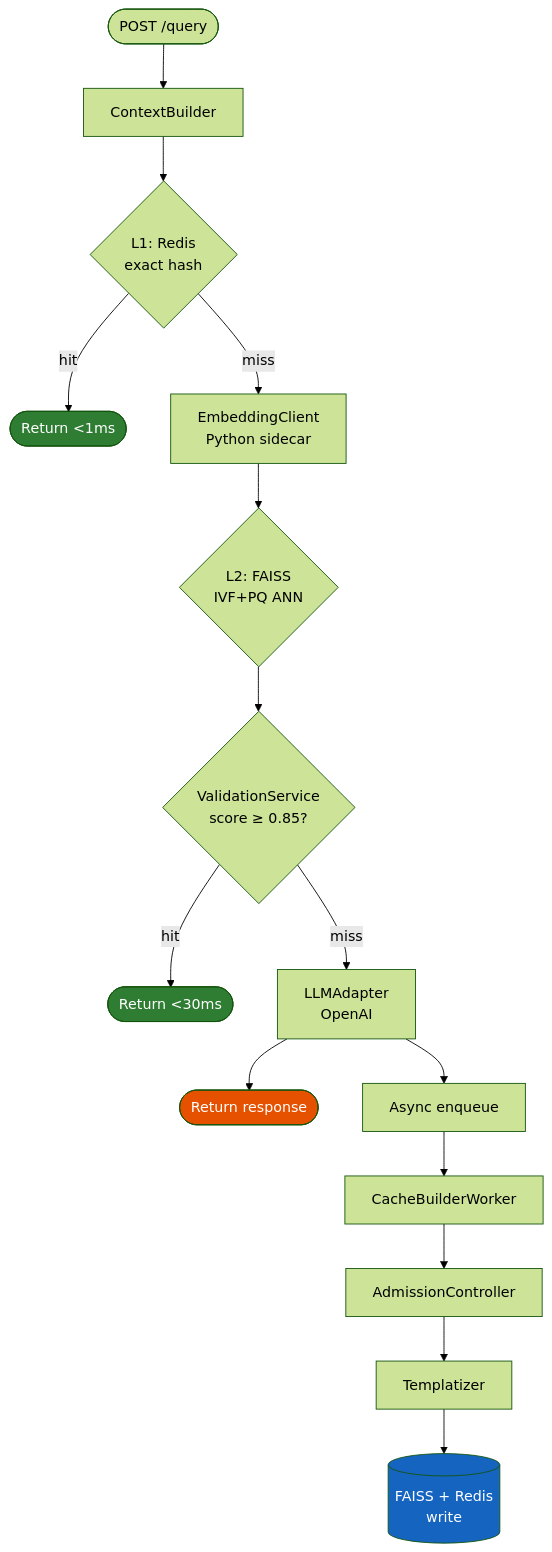
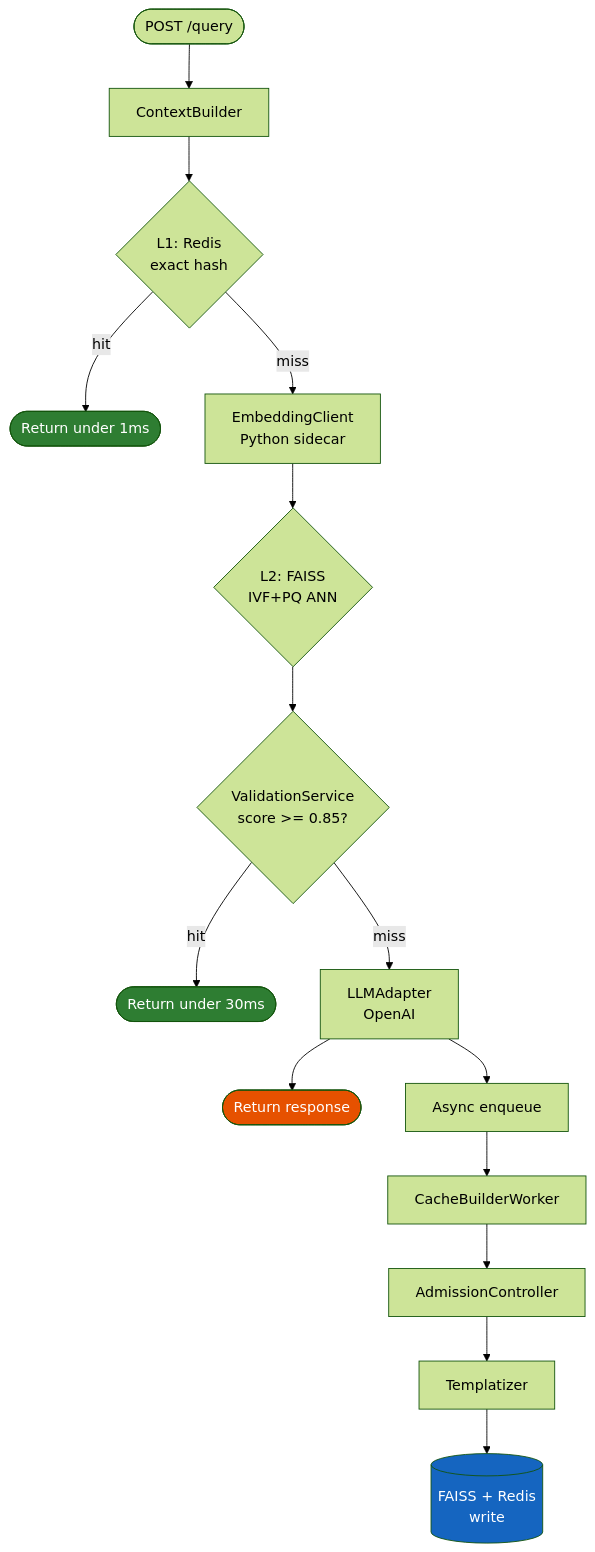
The diagram in docs/index.md (Ciphercrypt/LettuceCache), drawn with Mermaid (forest theme) before and after one commit. The commit also changed other lines of this file and 4 other files, not shown here.

First line of the commit message:
fix(docs): fix Mermaid rendering and grid cards

````diff
--- a/docs/index.md
+++ b/docs/index.md
@@ -99,22 +99,22 @@
 ```mermaid
 flowchart TD
     A([POST /query]) --> B[ContextBuilder]
     B --> C{L1: Redis\nexact hash}
-    C -- hit --> Z([Return &lt;1ms])
+    C -- hit --> Z([Return under 1ms])
     C -- miss --> D[EmbeddingClient\nPython sidecar]
     D --> E{L2: FAISS\nIVF+PQ ANN}
-    E --> F{ValidationService\nscore ≥ 0.85?}
-    F -- hit --> G([Return &lt;30ms])
+    E --> F{ValidationService\nscore >= 0.85?}
+    F -- hit --> G([Return under 30ms])
     F -- miss --> H[LLMAdapter\nOpenAI]
     H --> I([Return response])
     H --> J[Async enqueue]
     J --> K[CacheBuilderWorker]
     K --> L[AdmissionController]
     L --> M[Templatizer]
     M --> N[(FAISS + Redis\nwrite)]
 
     style Z fill:#2e7d32,color:#fff
     style G fill:#2e7d32,color:#fff
     style I fill:#e65100,color:#fff
     style N fill:#1565c0,color:#fff
 ```
````
